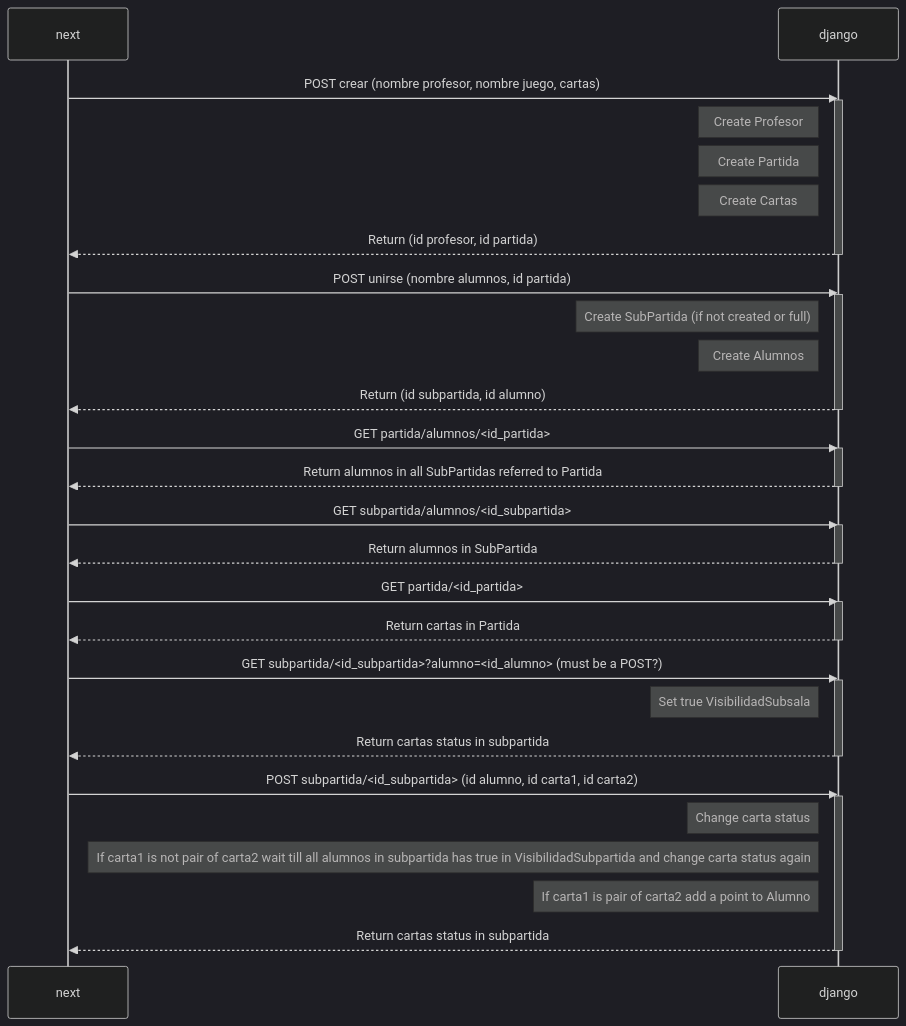
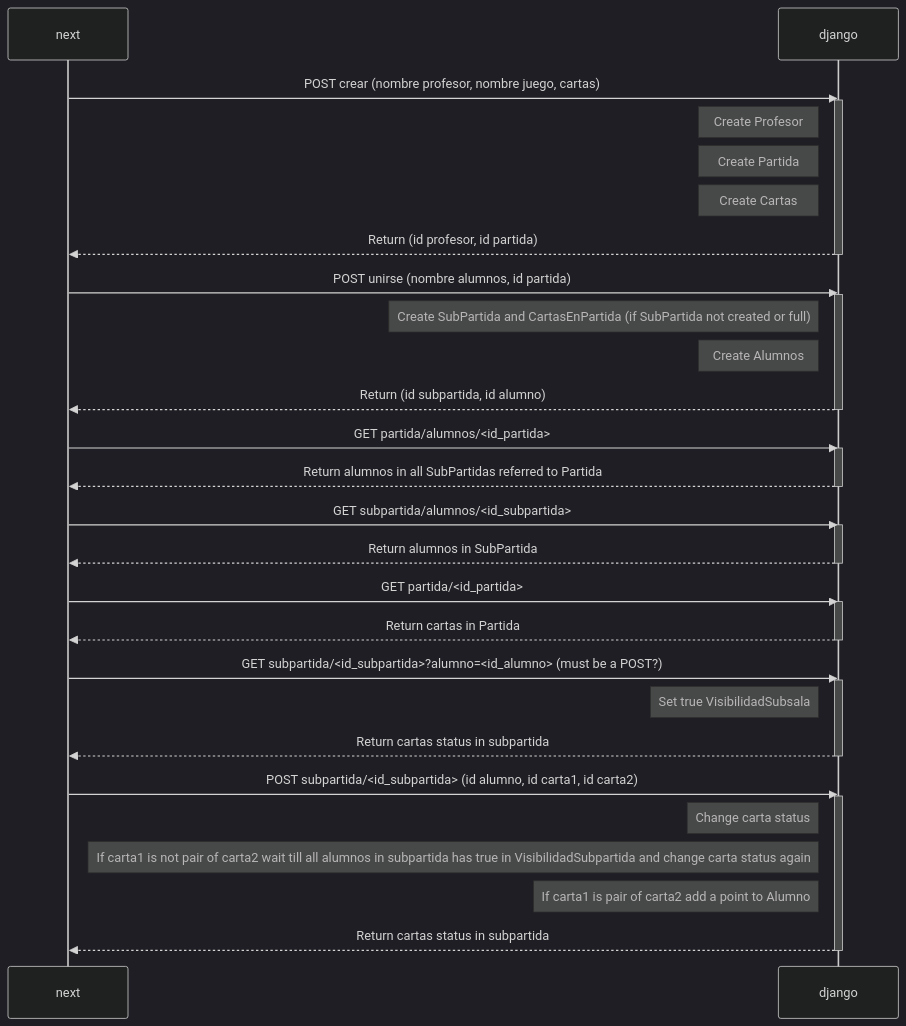
The diagram in docs/sequenceDiagram.md (RAH-Code-dev/memorama), drawn with Mermaid (dark theme) before and after one commit. The commit also changed 6 other files, not shown here.

````diff
--- a/docs/sequenceDiagram.md
+++ b/docs/sequenceDiagram.md
@@ -1,60 +1,60 @@
 ```mermaid
 sequenceDiagram
     participant next
     participant django
 
     next ->> django: POST crear (nombre profesor, nombre juego, cartas)
     activate django
 
     Note left of django: Create Profesor
     Note left of django: Create Partida
     Note left of django: Create Cartas
 
     django -->> next: Return (id profesor, id partida)
     deactivate django
 
     next ->> django: POST unirse (nombre alumnos, id partida)
     activate django
 
-    Note left of django: Create SubPartida (if not created or full)
+    Note left of django: Create SubPartida and CartasEnPartida (if SubPartida not created or full)
     Note left of django: Create Alumnos
 
     django -->> next: Return (id subpartida, id alumno)
     deactivate django
 
     next ->> django: GET partida/alumnos/<id_partida>
     activate django
 
     django -->> next: Return alumnos in all SubPartidas referred to Partida
     deactivate django
 
     next ->> django: GET subpartida/alumnos/<id_subpartida>
     activate django
 
     django -->> next: Return alumnos in SubPartida
     deactivate django
 
     next ->> django: GET partida/<id_partida>
     activate django
 
     django -->> next: Return cartas in Partida
     deactivate django
 
     next ->> django: GET subpartida/<id_subpartida>?alumno=<id_alumno> (must be a POST?)
     activate django
 
     Note left of django: Set true VisibilidadSubsala
 
     django -->> next: Return cartas status in subpartida
     deactivate django
 
     next ->> django: POST subpartida/<id_subpartida> (id alumno, id carta1, id carta2)
     activate django
 
     Note left of django: Change carta status
     Note left of django: If carta1 is not pair of carta2 wait till all alumnos in subpartida has true in VisibilidadSubpartida and change carta status again
     Note left of django: If carta1 is pair of carta2 add a point to Alumno
 
     django -->> next: Return cartas status in subpartida
     deactivate django
 ```
````
